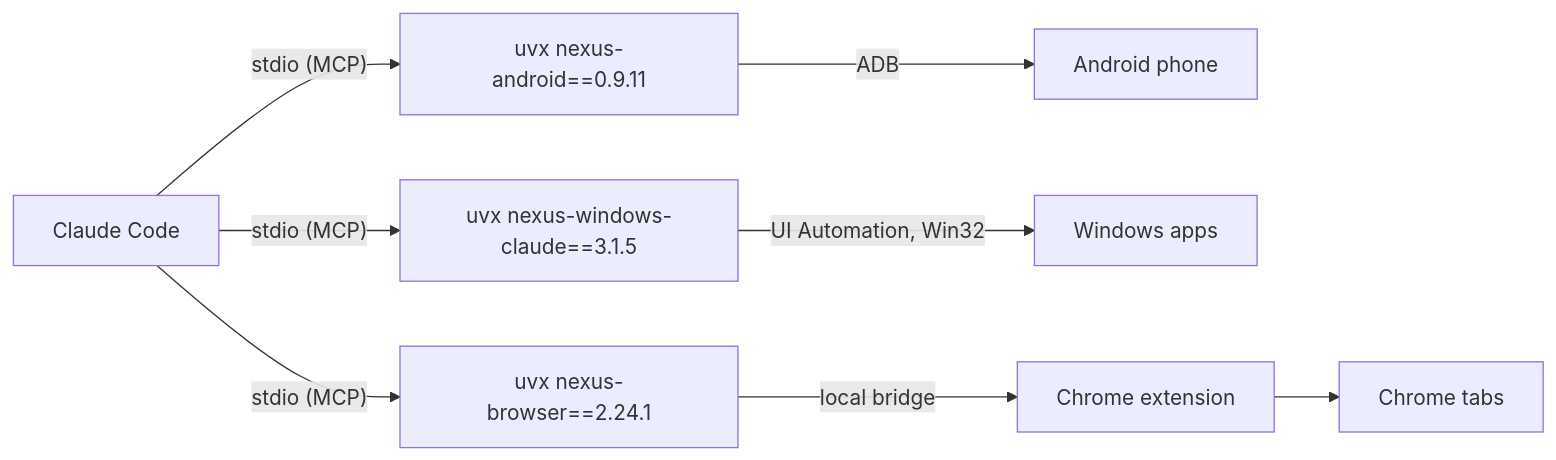
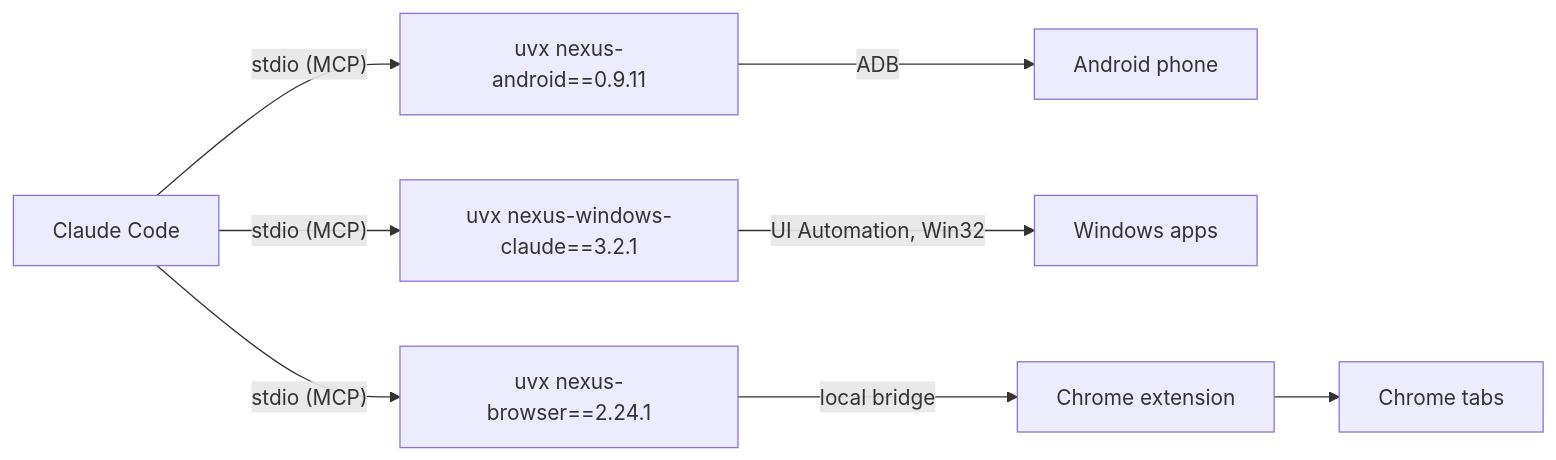
One commit to pironjulien/NexusSystem changed the diagram in README.md. Above: the diagram before and after it, drawn with Mermaid. The commit also changed 8 other files, not shown here.

Commit message:
Update to 1.4.4: nexus-windows-claude 3.2.1 (dialogs listed, file pickers proven, no false line-break guard), skill updated

````diff
--- a/README.md
+++ b/README.md
@@ -55,6 +55,6 @@
 ```mermaid
 flowchart LR
     C["Claude Code"] -- "stdio (MCP)" --> A["uvx nexus-android==0.9.11"] -- ADB --> P["Android phone"]
-    C -- "stdio (MCP)" --> W["uvx nexus-windows-claude==3.1.5"] -- "UI Automation, Win32" --> D["Windows apps"]
+    C -- "stdio (MCP)" --> W["uvx nexus-windows-claude==3.2.1"] -- "UI Automation, Win32" --> D["Windows apps"]
     C -- "stdio (MCP)" --> B["uvx nexus-browser==2.24.1"] -- "local bridge" --> E["Chrome extension"] --> T["Chrome tabs"]
 ```
````
